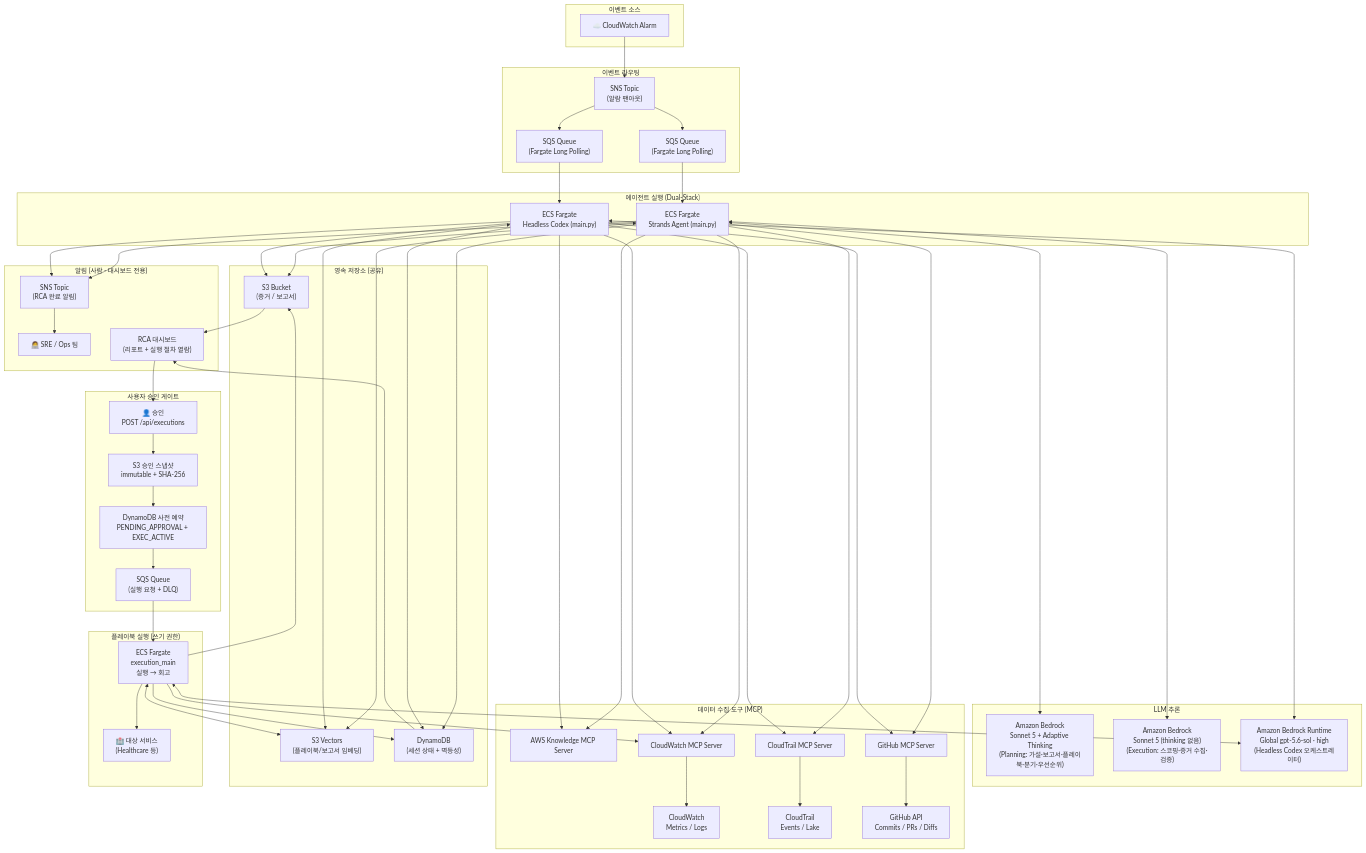
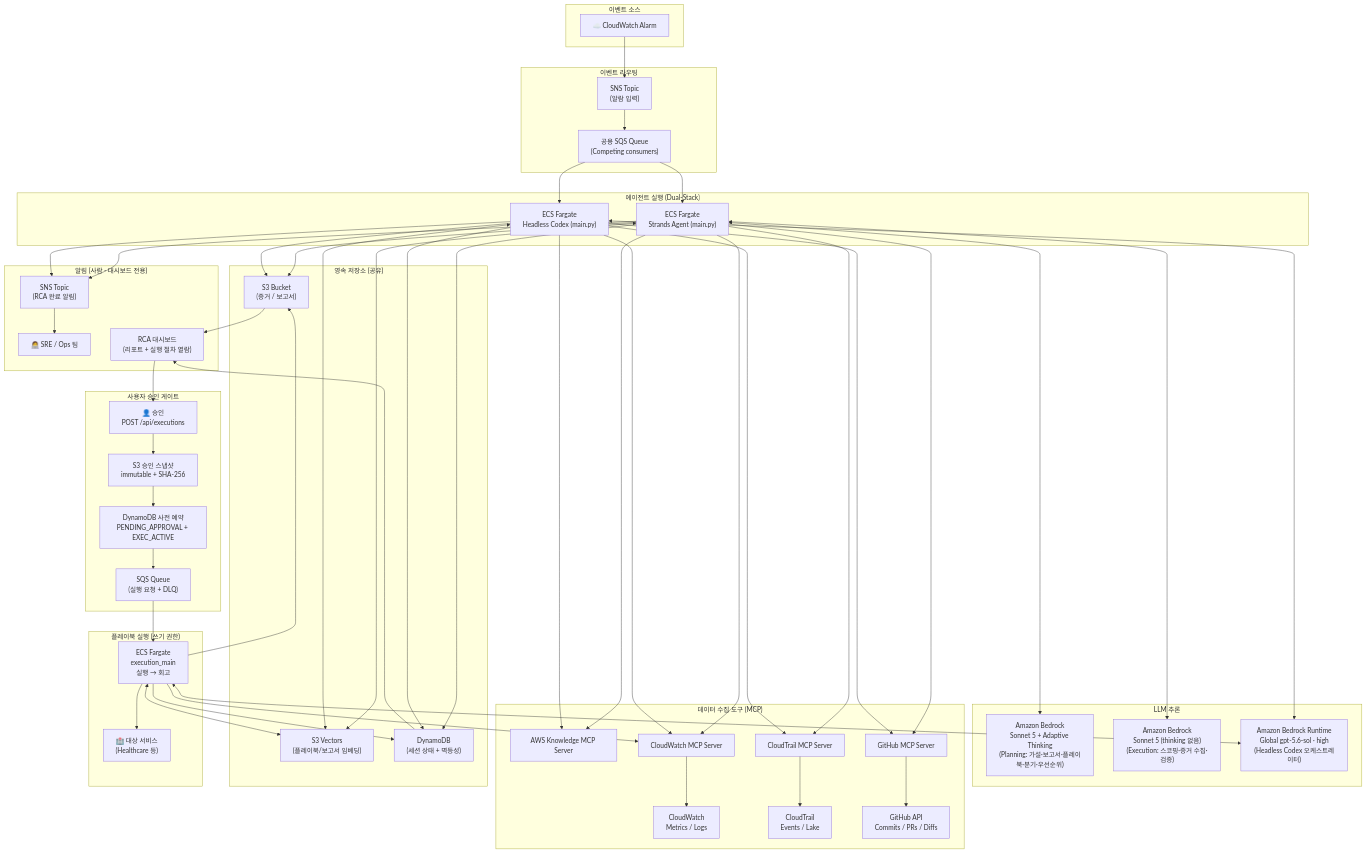
Before and after one commit to haandol/rca-agent: the first of 5 diagrams in docs/architecture.md, drawn with Mermaid. The commit also changed other lines of this file and 45 other files, not shown here.

```diff
--- a/docs/architecture.md
+++ b/docs/architecture.md
@@ -37,9 +38,8 @@
     end
 
     subgraph Messaging["이벤트 라우팅"]
-        SNS_IN["SNS Topic<br/>(알람 팬아웃)"]
-        SQS_FARGATE["SQS Queue<br/>(Fargate Long Polling)"]
-        SQS_CC["SQS Queue<br/>(Fargate Long Polling)"]
+        SNS_IN["SNS Topic<br/>(알람 입력)"]
+        SQS_ALARM["공용 SQS Queue<br/>(Competing consumers)"]
     end
 
     subgraph Compute["에이전트 실행 (Dual-Stack)"]
@@ -88,8 +88,9 @@
     end
 
     CW_ALARM --> SNS_IN
-    SNS_IN --> SQS_FARGATE --> ECS
-    SNS_IN --> SQS_CC --> ECS_CC
+    SNS_IN --> SQS_ALARM
+    SQS_ALARM --> ECS
+    SQS_ALARM --> ECS_CC
     ECS <--> BEDROCK_PLAN
     ECS <--> BEDROCK_EXEC
     ECS_CC <--> BEDROCK_CC
```
